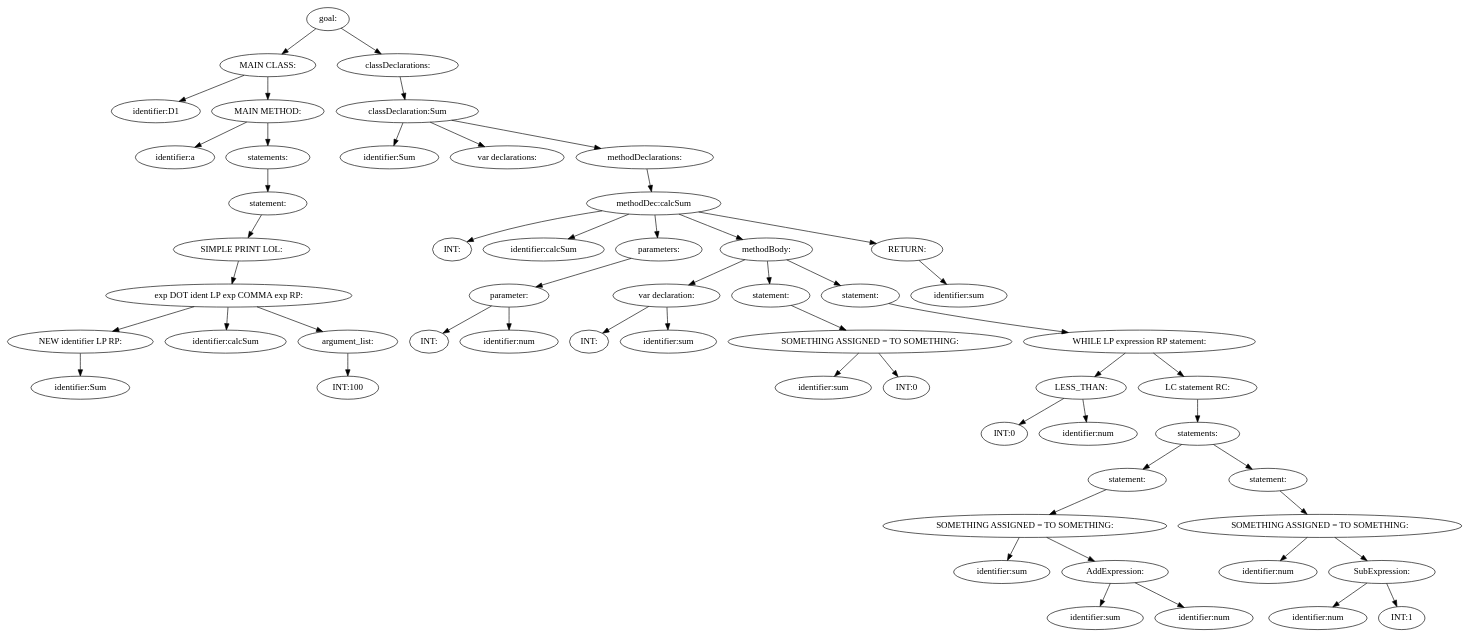
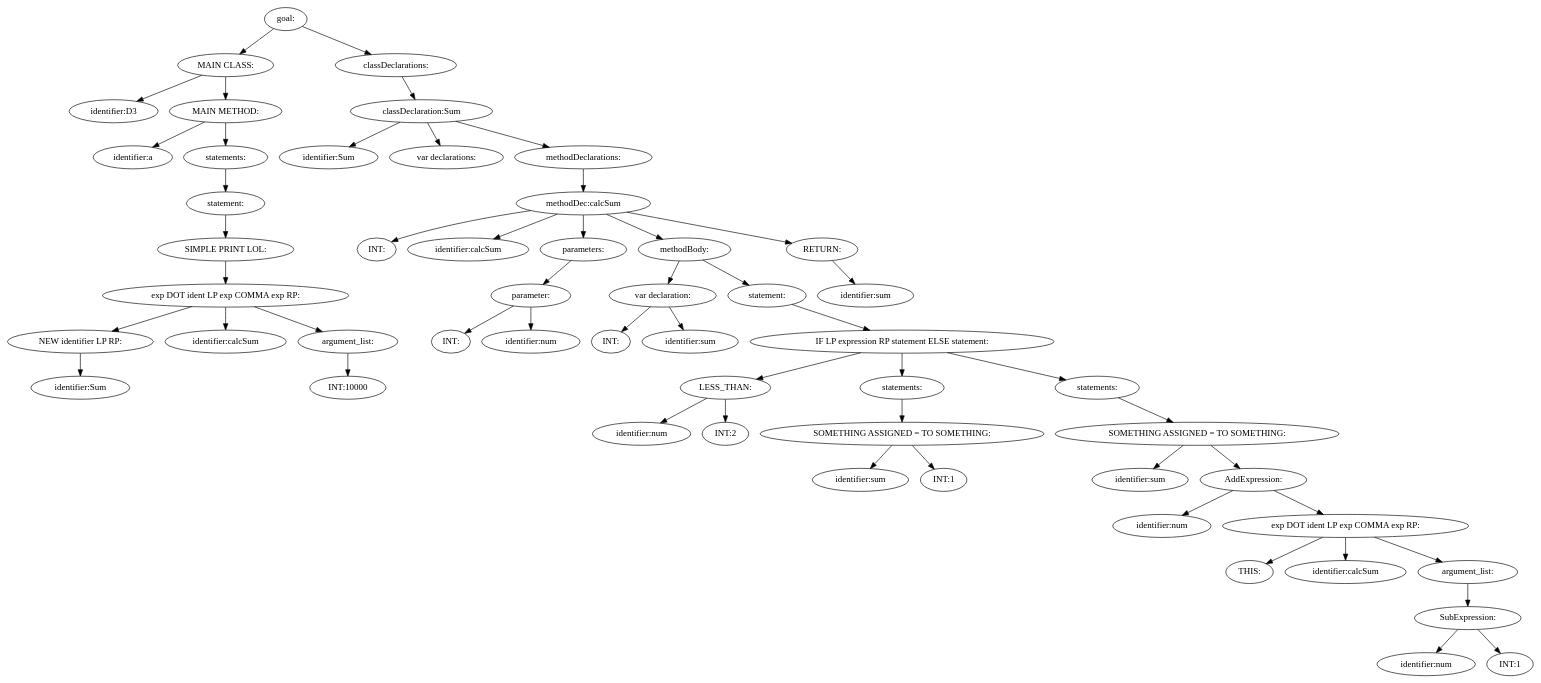
Before and after one commit to AIlhomov/Flex: the diagram in assignment_1/getting_started/tree.dot, drawn with Graphviz. The commit also changed 5 other files, not shown here.

Commit message:
fixed sub and addexp that has exp dot ident on its right side

```diff
--- a/assignment_1/getting_started/tree.dot
+++ b/assignment_1/getting_started/tree.dot
@@ -1,111 +1,107 @@
 digraph {
 n0 [label="goal:"];
 n1 [label="MAIN CLASS:"];
-n2 [label="identifier:D1"];
+n2 [label="identifier:D3"];
 n1 -> n2
 n3 [label="MAIN METHOD:"];
 n4 [label="identifier:a"];
 n3 -> n4
 n5 [label="statements:"];
 n6 [label="statement:"];
 n7 [label="SIMPLE PRINT LOL:"];
 n8 [label="exp DOT ident LP exp COMMA exp RP:"];
 n9 [label="NEW identifier LP RP:"];
 n10 [label="identifier:Sum"];
 n9 -> n10
 n8 -> n9
 n11 [label="identifier:calcSum"];
 n8 -> n11
 n12 [label="argument_list:"];
-n13 [label="INT:100"];
+n13 [label="INT:10000"];
 n12 -> n13
 n8 -> n12
 n7 -> n8
 n6 -> n7
 n5 -> n6
 n3 -> n5
 n1 -> n3
 n0 -> n1
 n14 [label="classDeclarations:"];
 n15 [label="classDeclaration:Sum"];
 n16 [label="identifier:Sum"];
 n15 -> n16
 n17 [label="var declarations:"];
 n15 -> n17
 n18 [label="methodDeclarations:"];
 n19 [label="methodDec:calcSum"];
 n20 [label="INT:"];
 n19 -> n20
 n21 [label="identifier:calcSum"];
 n19 -> n21
 n22 [label="parameters:"];
 n23 [label="parameter:"];
 n24 [label="INT:"];
 n23 -> n24
 n25 [label="identifier:num"];
 n23 -> n25
 n22 -> n23
 n19 -> n22
 n26 [label="methodBody:"];
 n27 [label="var declaration:"];
 n28 [label="INT:"];
 n27 -> n28
 n29 [label="identifier:sum"];
 n27 -> n29
 n26 -> n27
 n30 [label="statement:"];
-n31 [label="SOMETHING ASSIGNED = TO SOMETHING:"];
-n32 [label="identifier:sum"];
+n31 [label="IF LP expression RP statement ELSE statement:"];
+n32 [label="LESS_THAN:"];
+n33 [label="identifier:num"];
+n32 -> n33
+n34 [label="INT:2"];
+n32 -> n34
 n31 -> n32
-n33 [label="INT:0"];
-n31 -> n33
+n35 [label="statements:"];
+n36 [label="SOMETHING ASSIGNED = TO SOMETHING:"];
+n37 [label="identifier:sum"];
+n36 -> n37
+n38 [label="INT:1"];
+n36 -> n38
+n35 -> n36
+n31 -> n35
+n39 [label="statements:"];
+n40 [label="SOMETHING ASSIGNED = TO SOMETHING:"];
+n41 [label="identifier:sum"];
+n40 -> n41
+n42 [label="AddExpression:"];
+n43 [label="identifier:num"];
+n42 -> n43
+n44 [label="exp DOT ident LP exp COMMA exp RP:"];
+n45 [label="THIS:"];
+n44 -> n45
+n46 [label="identifier:calcSum"];
+n44 -> n46
+n47 [label="argument_list:"];
+n48 [label="SubExpression:"];
+n49 [label="identifier:num"];
+n48 -> n49
+n50 [label="INT:1"];
+n48 -> n50
+n47 -> n48
+n44 -> n47
+n42 -> n44
+n40 -> n42
+n39 -> n40
+n31 -> n39
 n30 -> n31
 n26 -> n30
-n34 [label="statement:"];
-n35 [label="WHILE LP expression RP statement:"];
-n36 [label="LESS_THAN:"];
-n37 [label="INT:0"];
-n36 -> n37
-n38 [label="identifier:num"];
-n36 -> n38
-n35 -> n36
-n39 [label="LC statement RC:"];
-n40 [label="statements:"];
-n41 [label="statement:"];
-n42 [label="SOMETHING ASSIGNED = TO SOMETHING:"];
-n43 [label="identifier:sum"];
-n42 -> n43
-n44 [label="AddExpression:"];
-n45 [label="identifier:sum"];
-n44 -> n45
-n46 [label="identifier:num"];
-n44 -> n46
-n42 -> n44
-n41 -> n42
-n40 -> n41
-n47 [label="statement:"];
-n48 [label="SOMETHING ASSIGNED = TO SOMETHING:"];
-n49 [label="identifier:num"];
-n48 -> n49
-n50 [label="SubExpression:"];
-n51 [label="identifier:num"];
-n50 -> n51
-n52 [label="INT:1"];
-n50 -> n52
-n48 -> n50
-n47 -> n48
-n40 -> n47
-n39 -> n40
-n35 -> n39
-n34 -> n35
-n26 -> n34
 n19 -> n26
-n53 [label="RETURN:"];
-n54 [label="identifier:sum"];
-n53 -> n54
-n19 -> n53
+n51 [label="RETURN:"];
+n52 [label="identifier:sum"];
+n51 -> n52
+n19 -> n51
 n18 -> n19
 n15 -> n18
 n14 -> n15
 n0 -> n14
 }
```
